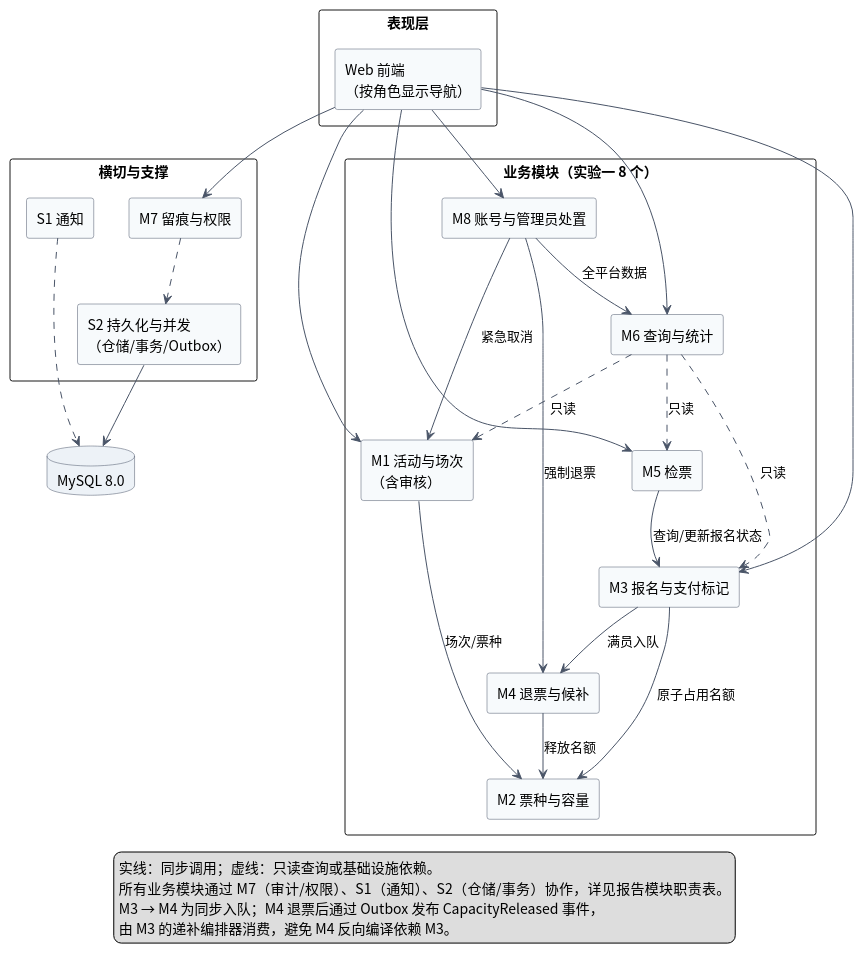
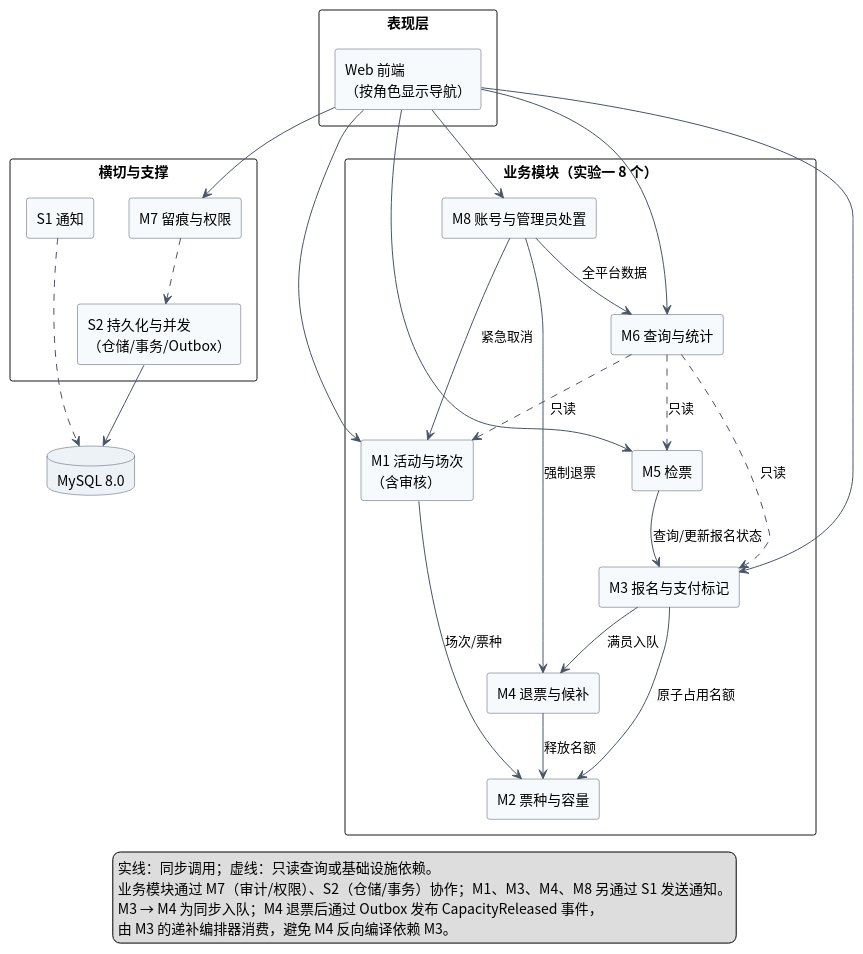
The diagram in lab2/UML/UML组件图.puml (Lewis-44-China/se-lab1-requirements), drawn with PlantUML before and after one commit. The commit also changed 1 other file, not shown here.

Commit message:
lab2: 修正组件图图例表述
将“所有业务模块都通过通知组件”改为准确的“M1、M3、M4、M8 通过通知组件”。

```diff
--- a/lab2/UML/UML组件图.puml
+++ b/lab2/UML/UML组件图.puml
@@ -1,78 +1,78 @@
 @startuml
 ' 实验二：活动票务与报名系统 组件图
 ' 实线：同步调用；虚线：只读查询或基础设施依赖。
 ' 为避免连线过密，横切依赖（审计/权限、通知、持久化）统一用注释说明。
 skinparam componentStyle rectangle
 skinparam defaultFontName "Noto Sans CJK SC"
 skinparam shadowing false
 skinparam packageStyle rectangle
 skinparam ArrowColor #4A5568
 skinparam nodesep 35
 skinparam ranksep 45
 skinparam component {
   BackgroundColor #F7FAFC
   BorderColor #4A5568
 }
 skinparam database {
   BackgroundColor #EDF2F7
   BorderColor #4A5568
 }
 
 package "表现层" {
   [Web 前端\n（按角色显示导航）] as Web
 }
 
 package "业务模块（实验一 8 个）" {
   [M1 活动与场次\n（含审核）] as M1
   [M2 票种与容量] as M2
   [M3 报名与支付标记] as M3
   [M4 退票与候补] as M4
   [M5 检票] as M5
   [M6 查询与统计] as M6
   [M8 账号与管理员处置] as M8
 }
 
 package "横切与支撑" {
   [M7 留痕与权限] as M7
   [S1 通知] as S1
   [S2 持久化与并发\n（仓储/事务/Outbox）] as S2
 }
 
 database "MySQL 8.0" as DB
 
 ' 表现层通过应用服务接口调用
 Web --> M1
 Web --> M3
 Web --> M5
 Web --> M6
 Web --> M7
 Web --> M8
 
 ' 业务模块之间的同步依赖
 M1 --> M2 : 场次/票种
 M3 --> M2 : 原子占用名额
 M3 --> M4 : 满员入队
 M4 --> M2 : 释放名额
 M5 --> M3 : 查询/更新报名状态
 M8 --> M1 : 紧急取消
 M8 --> M4 : 强制退票
 M8 --> M6 : 全平台数据
 
 ' 查询模块只读
 M6 ..> M1 : 只读
 M6 ..> M3 : 只读
 M6 ..> M5 : 只读
 
 ' 横切与持久化
 M7 ..> S2
 S1 ..> DB
 S2 --> DB
 
 legend bottom
   实线：同步调用；虚线：只读查询或基础设施依赖。
-  所有业务模块通过 M7（审计/权限）、S1（通知）、S2（仓储/事务）协作，详见报告模块职责表。
+  业务模块通过 M7（审计/权限）、S2（仓储/事务）协作；M1、M3、M4、M8 另通过 S1 发送通知。
   M3 → M4 为同步入队；M4 退票后通过 Outbox 发布 CapacityReleased 事件，
   由 M3 的递补编排器消费，避免 M4 反向编译依赖 M3。
 endlegend
 
 @enduml
```
